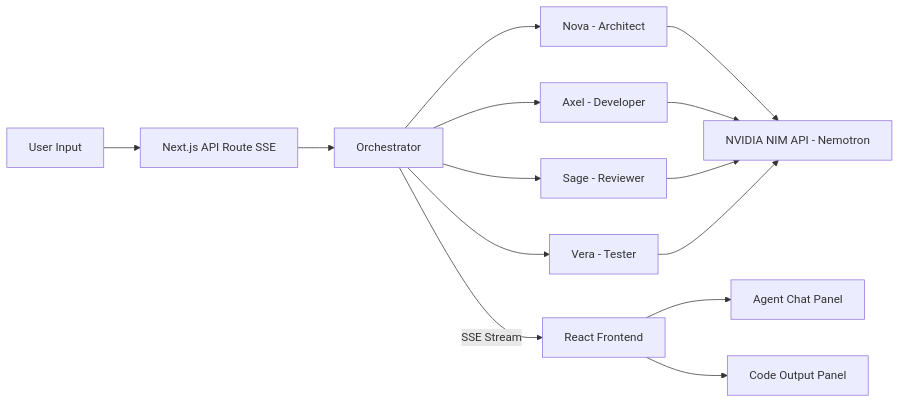
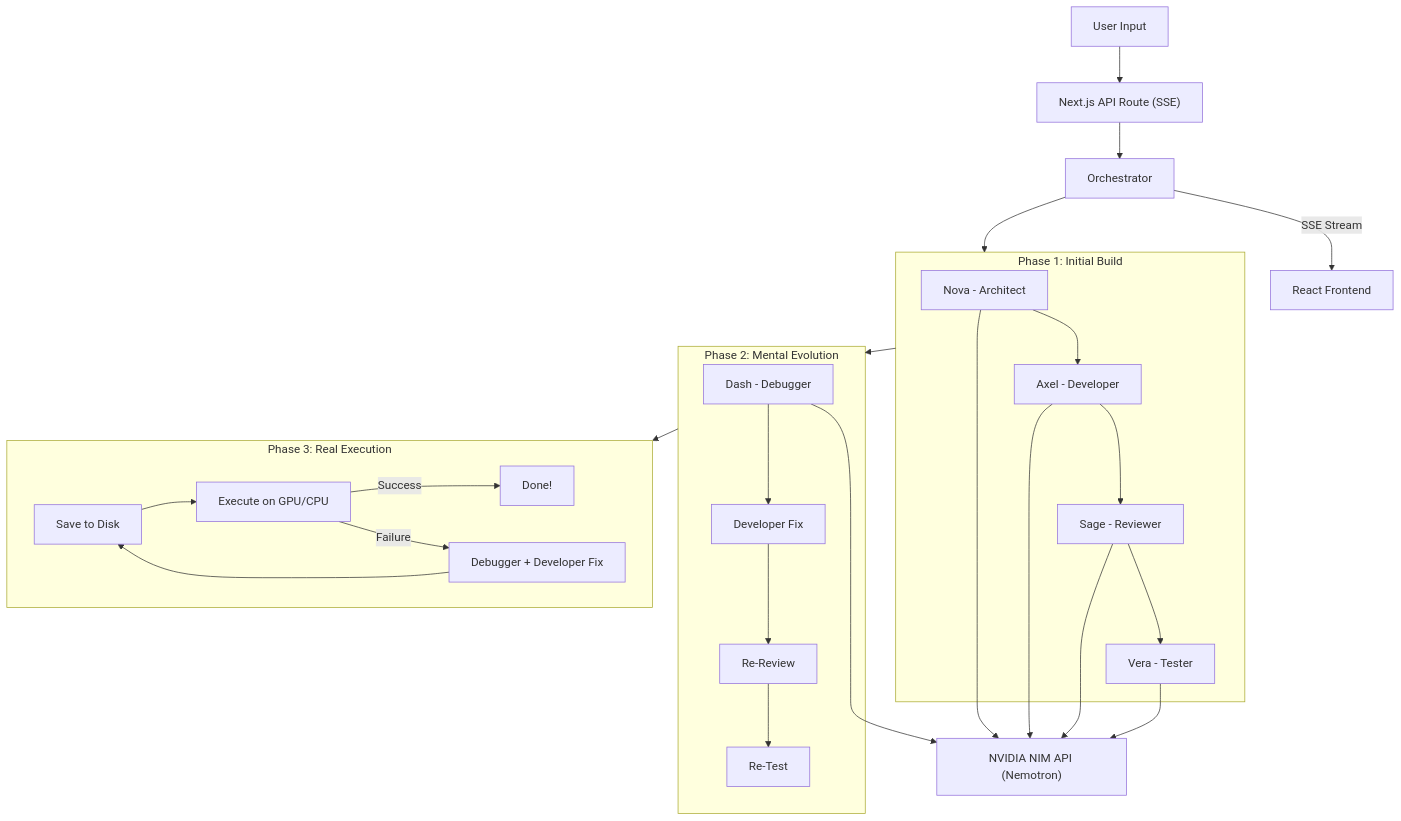
The diagram in README.md (stanley1208/NemoTeam), drawn with Mermaid before and after one commit. The commit also changed other lines of this file, not shown here.

Commit message:
Update README: full 3-phase pipeline, real execution, auto-debug, output validation, demo results

````diff
--- a/README.md
+++ b/README.md
@@ -41,13 +81,30 @@
 ```mermaid
-flowchart LR
-    User["User Input"] --> API["Next.js API Route SSE"]
+flowchart TB
+    User["User Input"] --> API["Next.js API Route (SSE)"]
     API --> Orch["Orchestrator"]
-    Orch --> A1["Nova - Architect"]
-    Orch --> A2["Axel - Developer"]
-    Orch --> A3["Sage - Reviewer"]
-    Orch --> A4["Vera - Tester"]
-    A1 & A2 & A3 & A4 --> NIM["NVIDIA NIM API - Nemotron"]
+    
+    subgraph Phase1["Phase 1: Initial Build"]
+        A1["Nova - Architect"] --> A2["Axel - Developer"]
+        A2 --> A3["Sage - Reviewer"]
+        A3 --> A4["Vera - Tester"]
+    end
+    
+    subgraph Phase2["Phase 2: Mental Evolution"]
+        A5["Dash - Debugger"] --> A6["Developer Fix"]
+        A6 --> A7["Re-Review"] --> A8["Re-Test"]
+    end
+    
+    subgraph Phase3["Phase 3: Real Execution"]
+        Save["Save to Disk"] --> Exec["Execute on GPU/CPU"]
+        Exec -->|Success| Done["Done!"]
+        Exec -->|Failure| Debug["Debugger + Developer Fix"]
+        Debug --> Save
+    end
+    
+    Orch --> Phase1
+    Phase1 --> Phase2
+    Phase2 --> Phase3
+    
+    A1 & A2 & A3 & A4 & A5 --> NIM["NVIDIA NIM API (Nemotron)"]
     Orch -->|SSE Stream| UI["React Frontend"]
-    UI --> Chat["Agent Chat Panel"]
-    UI --> Code["Code Output Panel"]
 ```
````
